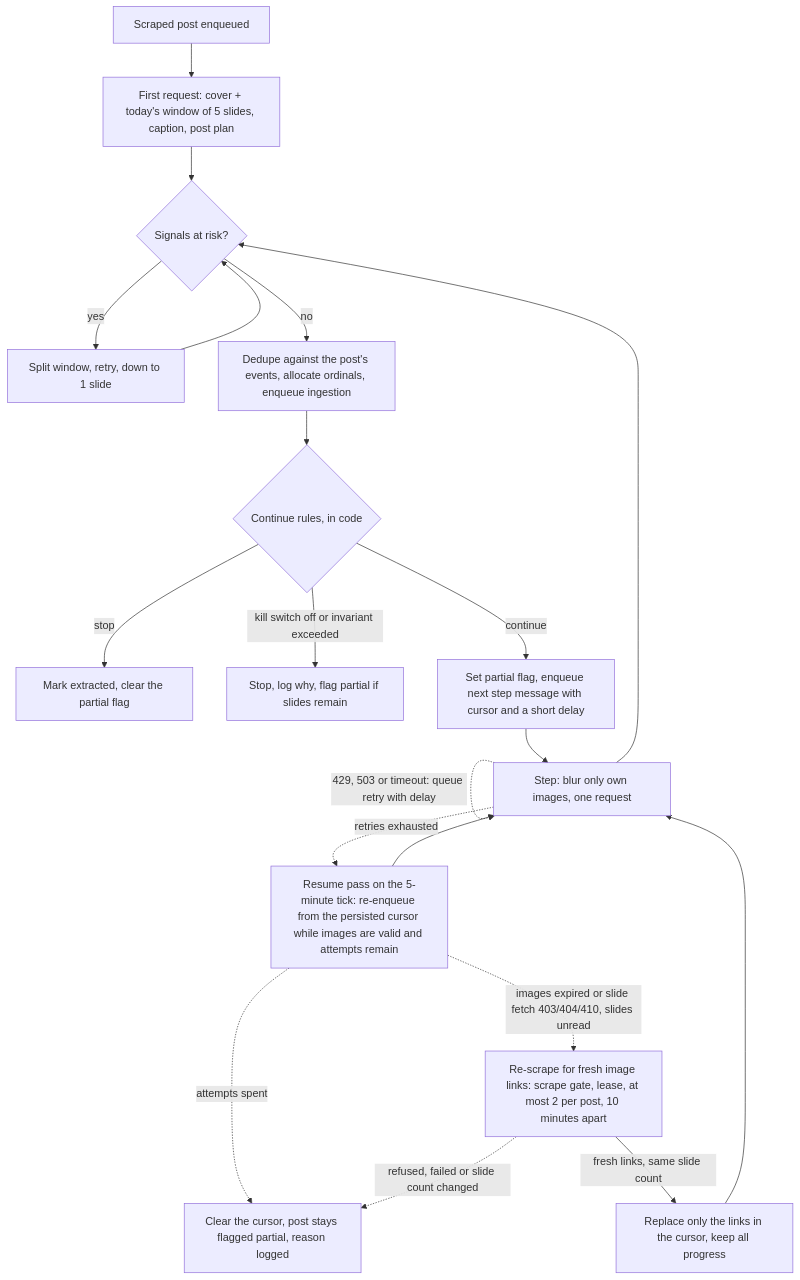
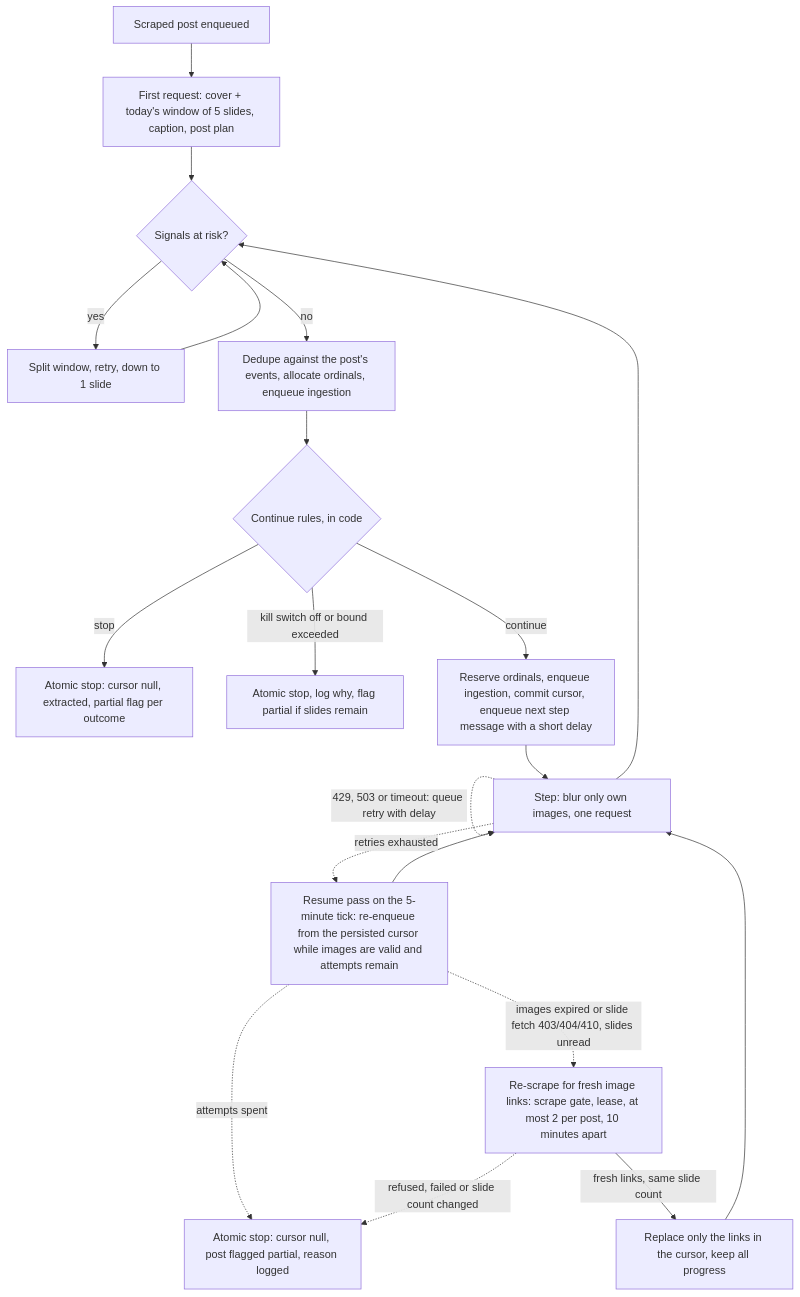
The first of 2 diagrams in _bmad-output/specs/spec-cursor-extraction/architecture-diagrams.md (sulha199/fest-grid-bmad), drawn with Mermaid before and after one commit. The commit also changed 3 other files, not shown here.

First line of the commit message:
docs(architecture): AD-46..AD-51 cursor-based sequential extraction

````diff
--- a/_bmad-output/specs/spec-cursor-extraction/architecture-diagrams.md
+++ b/_bmad-output/specs/spec-cursor-extraction/architecture-diagrams.md
@@ -5,21 +5,21 @@
 ```mermaid
 flowchart TD
   A[Scraped post enqueued] --> B[First request: cover + today's window of 5 slides, caption, post plan]
   B --> C{Signals at risk?}
   C -- yes --> S[Split window, retry, down to 1 slide]
   S --> C
   C -- no --> D[Dedupe against the post's events, allocate ordinals, enqueue ingestion]
   D --> E{Continue rules, in code}
-  E -- stop --> F[Mark extracted, clear the partial flag]
-  E -- kill switch off or invariant exceeded --> G[Stop, log why, flag partial if slides remain]
-  E -- continue --> H[Set partial flag, enqueue next step message with cursor and a short delay]
+  E -- stop --> F[Atomic stop: cursor null, extracted, partial flag per outcome]
+  E -- kill switch off or bound exceeded --> G[Atomic stop, log why, flag partial if slides remain]
+  E -- continue --> H[Reserve ordinals, enqueue ingestion, commit cursor, enqueue next step message with a short delay]
   H --> I[Step: blur only own images, one request]
   I --> C
   I -. 429, 503 or timeout: queue retry with delay .-> I
   I -. retries exhausted .-> R[Resume pass on the 5-minute tick: re-enqueue from the persisted cursor while images are valid and attempts remain]
   R --> I
-  R -. attempts spent .-> P[Clear the cursor, post stays flagged partial, reason logged]
+  R -. attempts spent .-> P[Atomic stop: cursor null, post flagged partial, reason logged]
   R -. images expired or slide fetch 403/404/410, slides unread .-> X[Re-scrape for fresh image links: scrape gate, lease, at most 2 per post, 10 minutes apart]
   X -- fresh links, same slide count --> U[Replace only the links in the cursor, keep all progress] --> I
   X -. refused, failed or slide count changed .-> P
 ```
````
